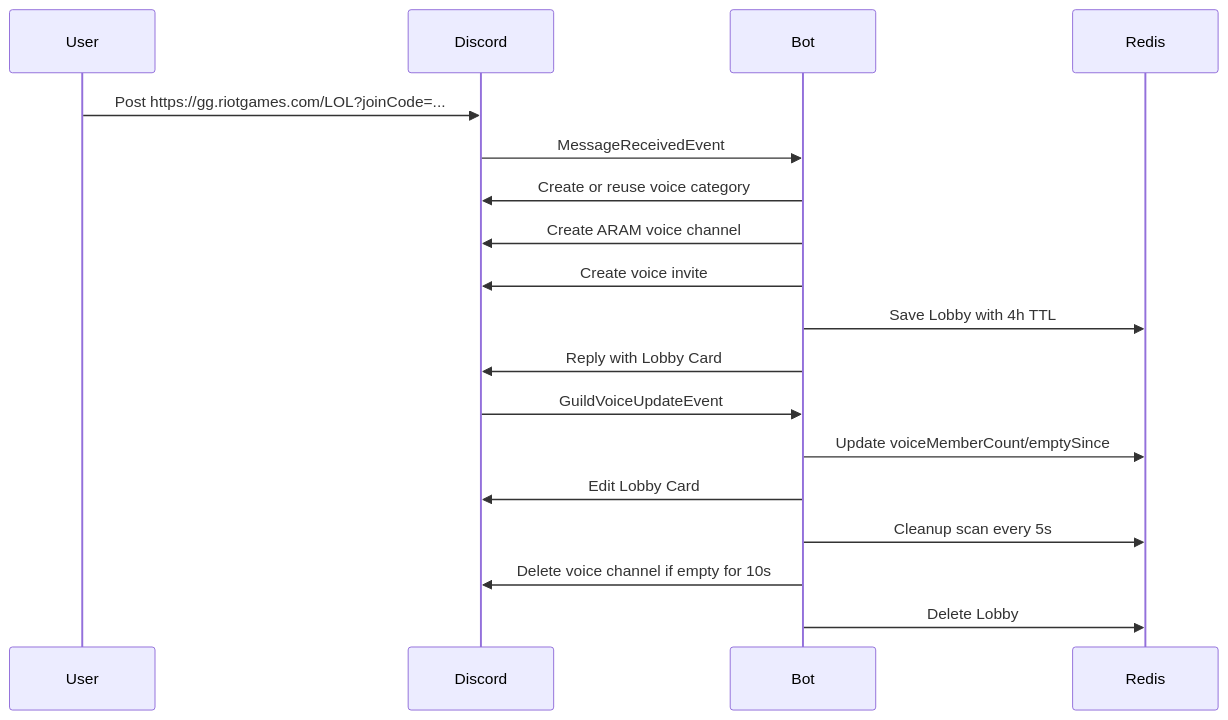
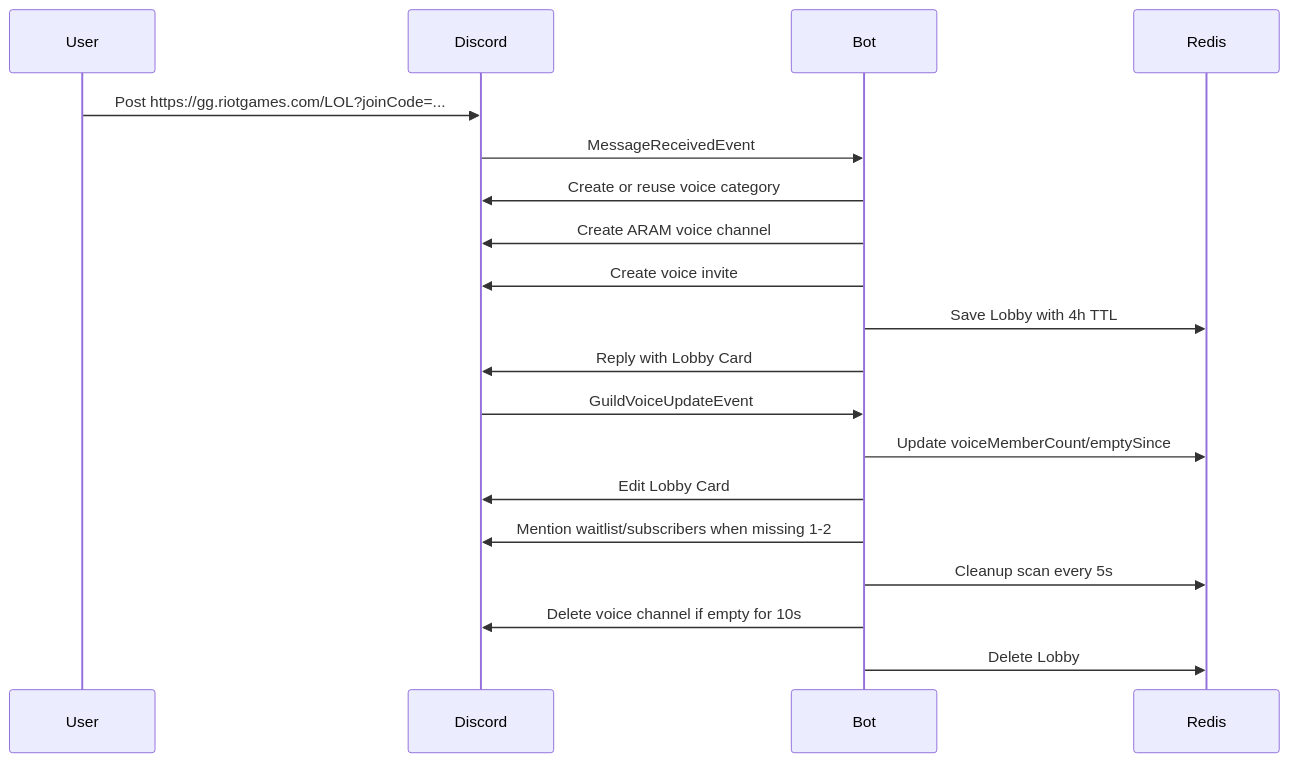
One commit to Eddie425/aram-lobby-bot changed the second of 2 diagrams in docs/technical-design.md. Above: the diagram before and after it, drawn with Mermaid. The commit also changed other lines of this file and 13 other files, not shown here.

````diff
--- a/docs/technical-design.md
+++ b/docs/technical-design.md
@@ -33,21 +36,22 @@
 ```mermaid
 sequenceDiagram
     participant U as User
     participant D as Discord
     participant B as Bot
     participant R as Redis
 
     U->>D: Post https://gg.riotgames.com/LOL?joinCode=...
     D->>B: MessageReceivedEvent
     B->>D: Create or reuse voice category
     B->>D: Create ARAM voice channel
     B->>D: Create voice invite
     B->>R: Save Lobby with 4h TTL
     B->>D: Reply with Lobby Card
     D->>B: GuildVoiceUpdateEvent
     B->>R: Update voiceMemberCount/emptySince
     B->>D: Edit Lobby Card
+    B->>D: Mention waitlist/subscribers when missing 1-2
     B->>R: Cleanup scan every 5s
     B->>D: Delete voice channel if empty for 10s
     B->>R: Delete Lobby
 ```
````
